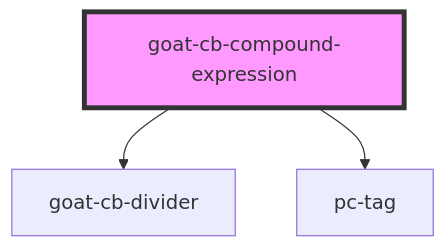
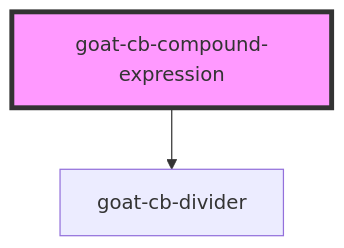
The diagram in src/components/application/condition-builder/cb-compound-expression/readme.md (redvars/peacock), drawn with Mermaid before and after one commit. The commit also changed other lines of this file and 112 other files, not shown here.

````diff
--- a/src/components/application/condition-builder/cb-compound-expression/readme.md
+++ b/src/components/application/condition-builder/cb-compound-expression/readme.md
@@ -25,6 +24,5 @@
 ```mermaid
 graph TD;
   goat-cb-compound-expression --> goat-cb-divider
-  goat-cb-compound-expression --> pc-tag
   style goat-cb-compound-expression fill:#f9f,stroke:#333,stroke-width:4px
 ```
````
